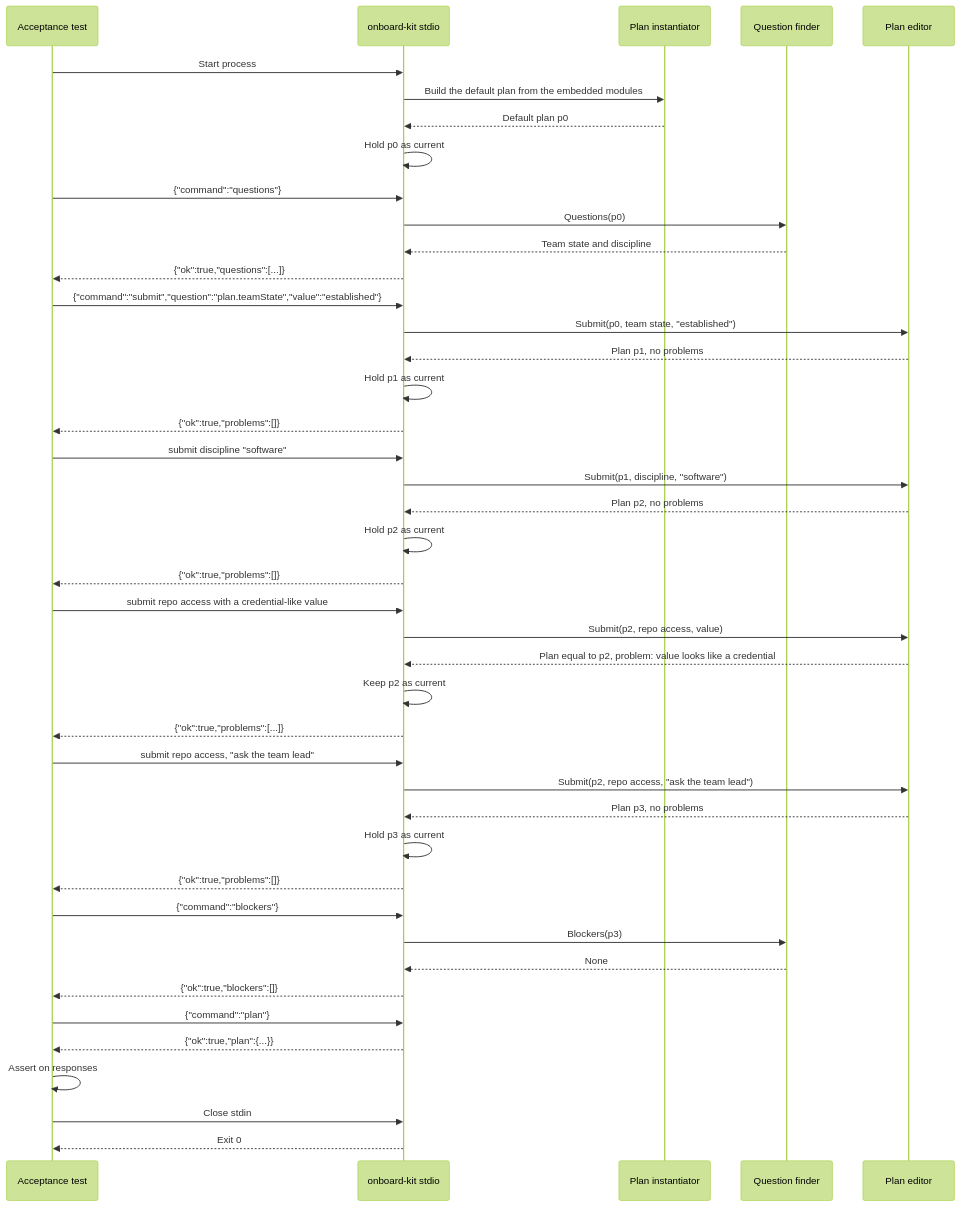
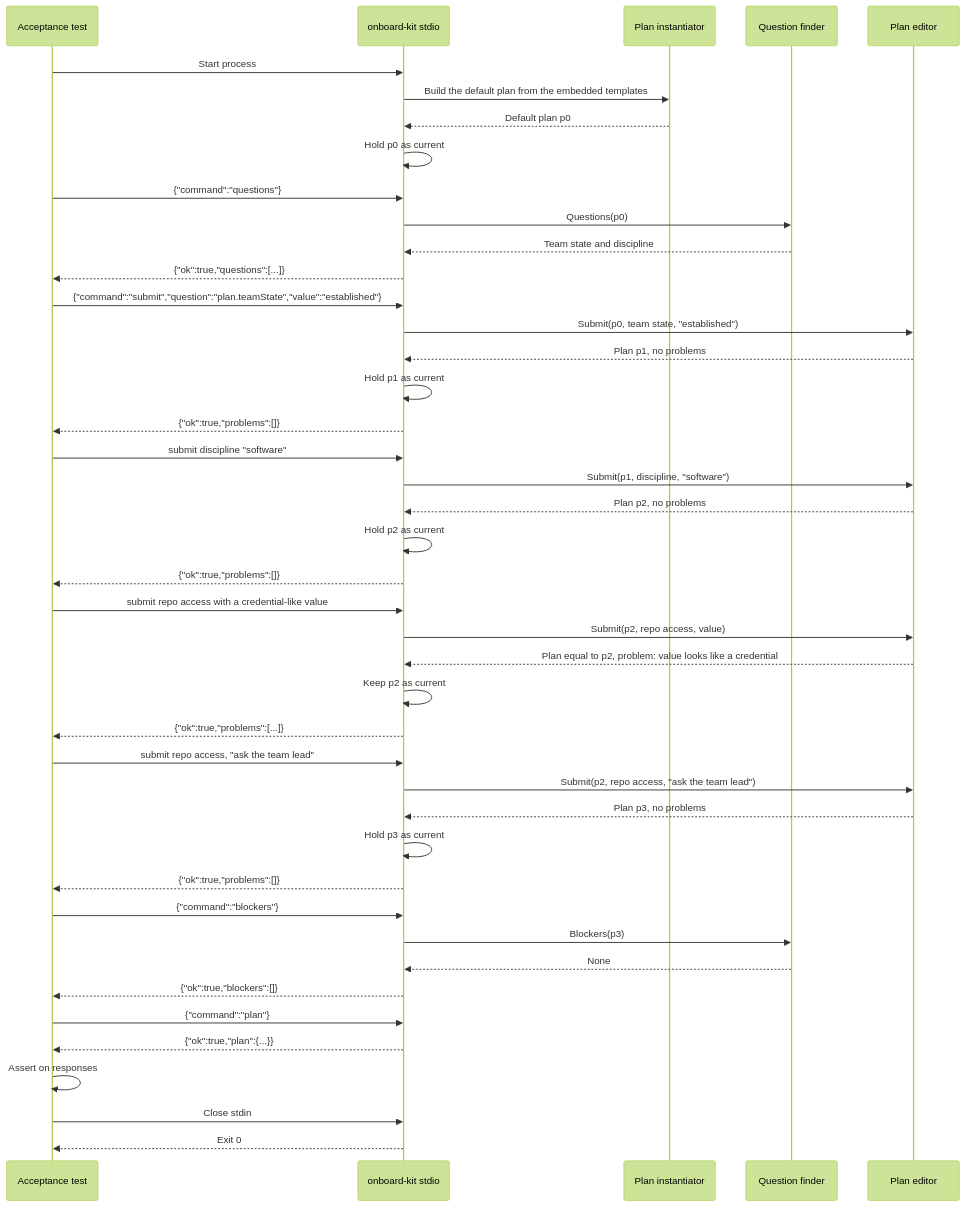
Before and after one commit to 8thlight-daveloper/onboard-kit: the second of 4 diagrams in docs/decisions/0010-plan-editor.md, drawn with Mermaid (forest theme). The commit also changed other lines of this file and 22 other files, not shown here.

````diff
--- a/docs/decisions/0010-plan-editor.md
+++ b/docs/decisions/0010-plan-editor.md
@@ -213,51 +213,51 @@
 ```mermaid
 sequenceDiagram
     participant A as Acceptance test
     participant P as onboard-kit stdio
     participant I as Plan instantiator
     participant F as Question finder
     participant E as Plan editor
 
     A->>P: Start process
-    P->>I: Build the default plan from the embedded modules
+    P->>I: Build the default plan from the embedded templates
     I-->>P: Default plan p0
     P->>P: Hold p0 as current
 
     A->>P: {"command":"questions"}
     P->>F: Questions(p0)
     F-->>P: Team state and discipline
     P-->>A: {"ok":true,"questions":[...]}
     A->>P: {"command":"submit","question":"plan.teamState","value":"established"}
     P->>E: Submit(p0, team state, "established")
     E-->>P: Plan p1, no problems
     P->>P: Hold p1 as current
     P-->>A: {"ok":true,"problems":[]}
 
     A->>P: submit discipline "software"
     P->>E: Submit(p1, discipline, "software")
     E-->>P: Plan p2, no problems
     P->>P: Hold p2 as current
     P-->>A: {"ok":true,"problems":[]}
 
     A->>P: submit repo access with a credential-like value
     P->>E: Submit(p2, repo access, value)
     E-->>P: Plan equal to p2, problem: value looks like a credential
     P->>P: Keep p2 as current
     P-->>A: {"ok":true,"problems":[...]}
 
     A->>P: submit repo access, "ask the team lead"
     P->>E: Submit(p2, repo access, "ask the team lead")
     E-->>P: Plan p3, no problems
     P->>P: Hold p3 as current
     P-->>A: {"ok":true,"problems":[]}
 
     A->>P: {"command":"blockers"}
     P->>F: Blockers(p3)
     F-->>P: None
     P-->>A: {"ok":true,"blockers":[]}
     A->>P: {"command":"plan"}
     P-->>A: {"ok":true,"plan":{...}}
     A->>A: Assert on responses
     A->>P: Close stdin
     P-->>A: Exit 0
 ```
````
